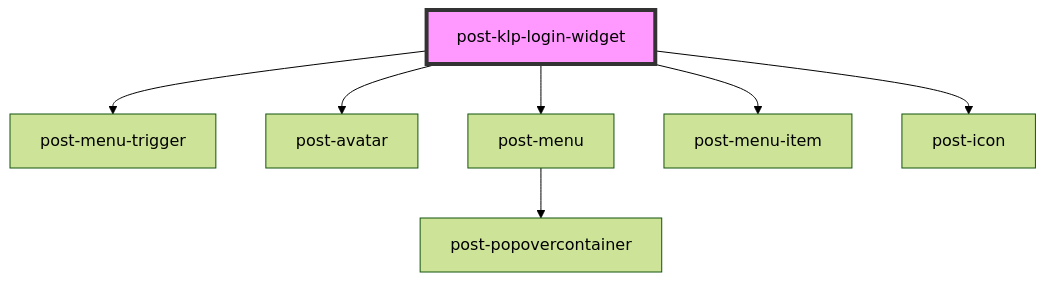
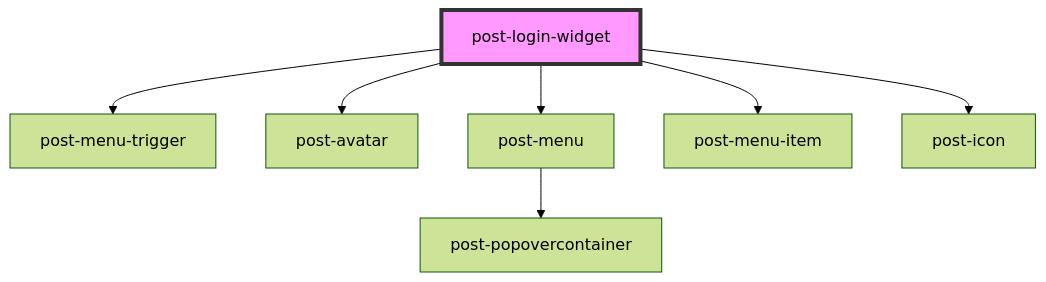
The diagram in packages/components/src/components/post-klp-login-widget/readme.md (swisspost/design-system), drawn with Mermaid (forest theme) before and after one commit. The commit also changed 12 other files, not shown here.

````diff
--- a/packages/components/src/components/post-klp-login-widget/readme.md
+++ b/packages/components/src/components/post-klp-login-widget/readme.md
@@ -38,10 +38,10 @@
 ```mermaid
 graph TD;
-  post-klp-login-widget --> post-menu-trigger
-  post-klp-login-widget --> post-avatar
-  post-klp-login-widget --> post-menu
-  post-klp-login-widget --> post-menu-item
-  post-klp-login-widget --> post-icon
+  post-login-widget --> post-menu-trigger
+  post-login-widget --> post-avatar
+  post-login-widget --> post-menu
+  post-login-widget --> post-menu-item
+  post-login-widget --> post-icon
   post-menu --> post-popovercontainer
-  style post-klp-login-widget fill:#f9f,stroke:#333,stroke-width:4px
+  style post-login-widget fill:#f9f,stroke:#333,stroke-width:4px
 ```
````
